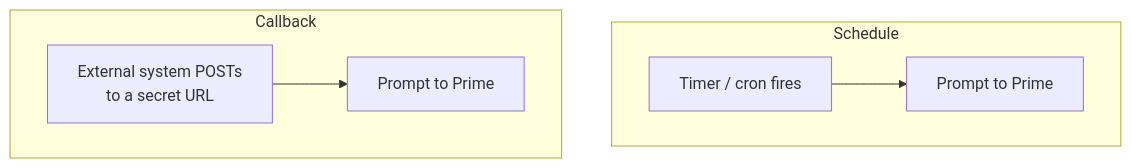
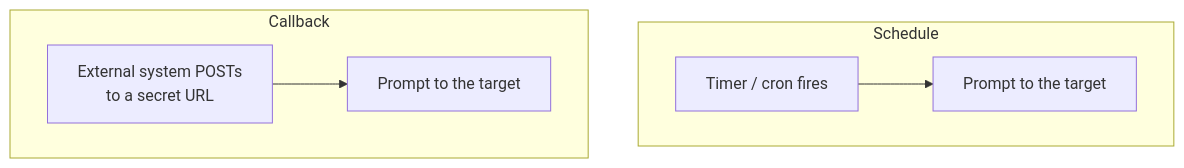
Before and after one commit to TangleML/tangent-shell: the first of 4 diagrams in docs/overview/08-triggers.md, drawn with Mermaid. The commit also changed other lines of this file and 16 other files, not shown here.

````diff
--- a/docs/overview/08-triggers.md
+++ b/docs/overview/08-triggers.md
@@ -25,9 +27,9 @@
 ```mermaid
 flowchart TB
   subgraph schedule [Schedule]
-    timer["Timer / cron fires"] --> prompt1["Prompt to Prime"]
+    timer["Timer / cron fires"] --> prompt1["Prompt to the target"]
   end
   subgraph callback [Callback]
-    ext["External system POSTs<br/>to a secret URL"] --> prompt2["Prompt to Prime"]
+    ext["External system POSTs<br/>to a secret URL"] --> prompt2["Prompt to the target"]
   end
 ```
````
